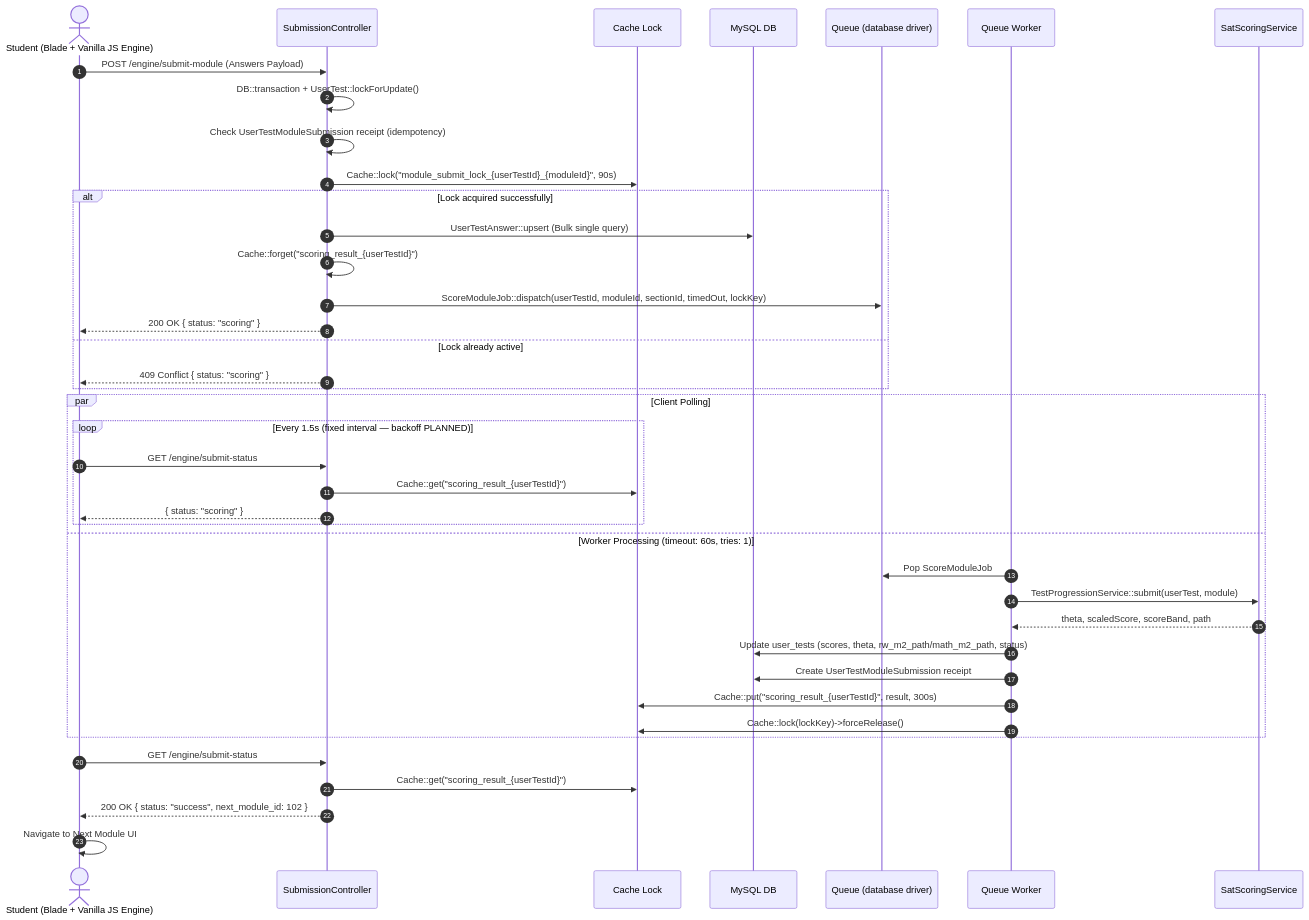
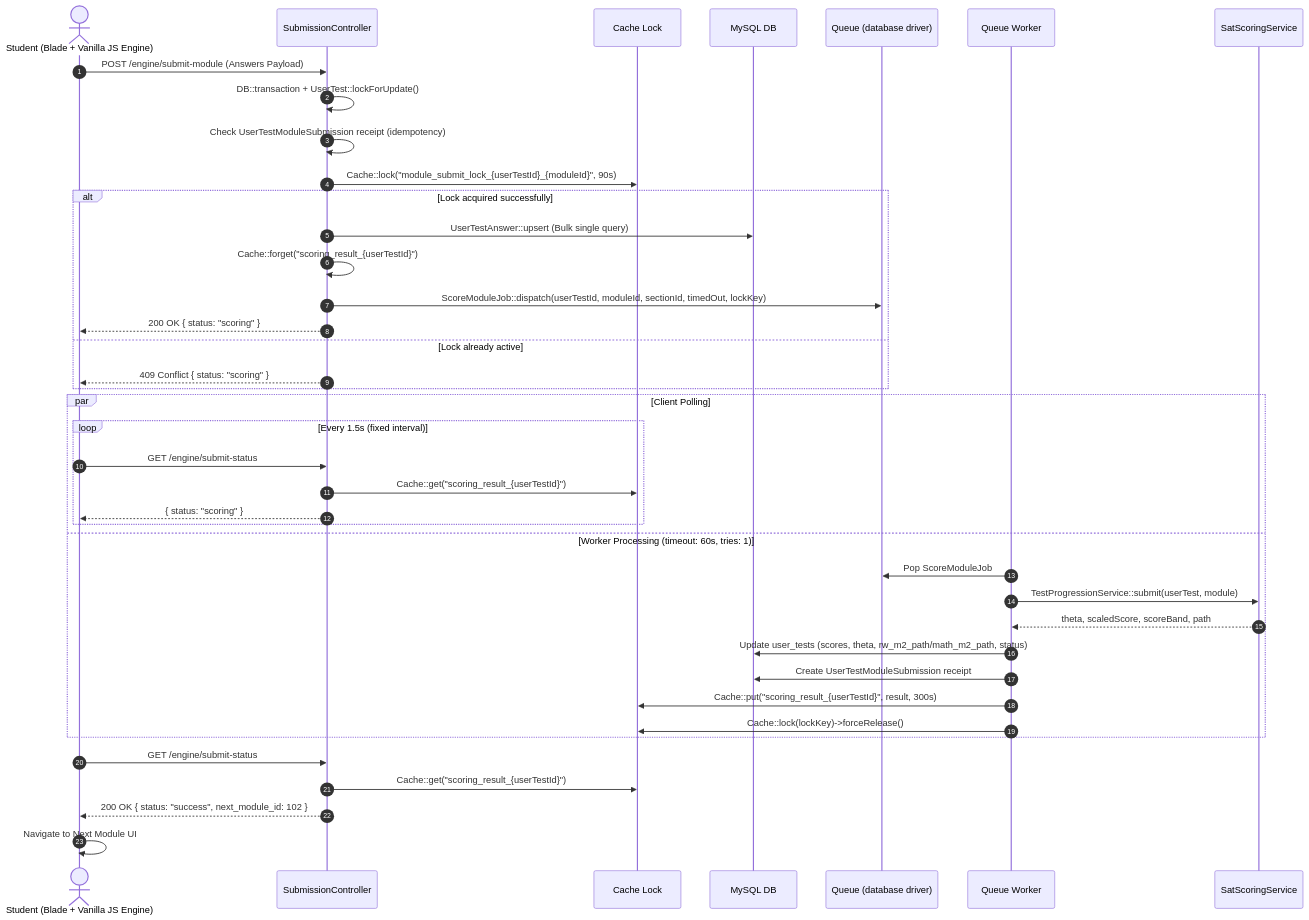
Before and after one commit to rhy911/digital-sat: the third of 5 diagrams in docs/system-architecture-and-roadmap.md, drawn with Mermaid. The commit also changed other lines of this file and 69 other files, not shown here.

Commit message:
chore: squash migrations into schema dump, add phpstan/larastan

````diff
--- a/docs/system-architecture-and-roadmap.md
+++ b/docs/system-architecture-and-roadmap.md
@@ -353,45 +251,45 @@
 ```mermaid
 sequenceDiagram
     autonumber
     actor Student as Student (Blade + Vanilla JS Engine)
     participant Controller as SubmissionController
     participant Lock as Cache Lock
     participant DB as MySQL DB
     participant Queue as Queue (database driver)
     participant Worker as Queue Worker
     participant Scoring as SatScoringService
 
     Student->>Controller: POST /engine/submit-module (Answers Payload)
     Controller->>Controller: DB::transaction + UserTest::lockForUpdate()
     Controller->>Controller: Check UserTestModuleSubmission receipt (idempotency)
     Controller->>Lock: Cache::lock("module_submit_lock_{userTestId}_{moduleId}", 90s)
     alt Lock acquired successfully
         Controller->>DB: UserTestAnswer::upsert (Bulk single query)
         Controller->>Controller: Cache::forget("scoring_result_{userTestId}")
         Controller->>Queue: ScoreModuleJob::dispatch(userTestId, moduleId, sectionId, timedOut, lockKey)
         Controller-->>Student: 200 OK { status: "scoring" }
     else Lock already active
         Controller-->>Student: 409 Conflict { status: "scoring" }
     end
 
     par Client Polling
-        loop Every 1.5s (fixed interval — backoff PLANNED)
+        loop Every 1.5s (fixed interval)
             Student->>Controller: GET /engine/submit-status
             Controller->>Lock: Cache::get("scoring_result_{userTestId}")
             Controller-->>Student: { status: "scoring" }
         end
     and Worker Processing (timeout: 60s, tries: 1)
         Worker->>Queue: Pop ScoreModuleJob
         Worker->>Scoring: TestProgressionService::submit(userTest, module)
         Scoring-->>Worker: theta, scaledScore, scoreBand, path
         Worker->>DB: Update user_tests (scores, theta, rw_m2_path/math_m2_path, status)
         Worker->>DB: Create UserTestModuleSubmission receipt
         Worker->>Lock: Cache::put("scoring_result_{userTestId}", result, 300s)
         Worker->>Lock: Cache::lock(lockKey)->forceRelease()
     end
 
     Student->>Controller: GET /engine/submit-status
     Controller->>Lock: Cache::get("scoring_result_{userTestId}")
     Controller-->>Student: 200 OK { status: "success", next_module_id: 102 }
     Student->>Student: Navigate to Next Module UI
 ```
````
